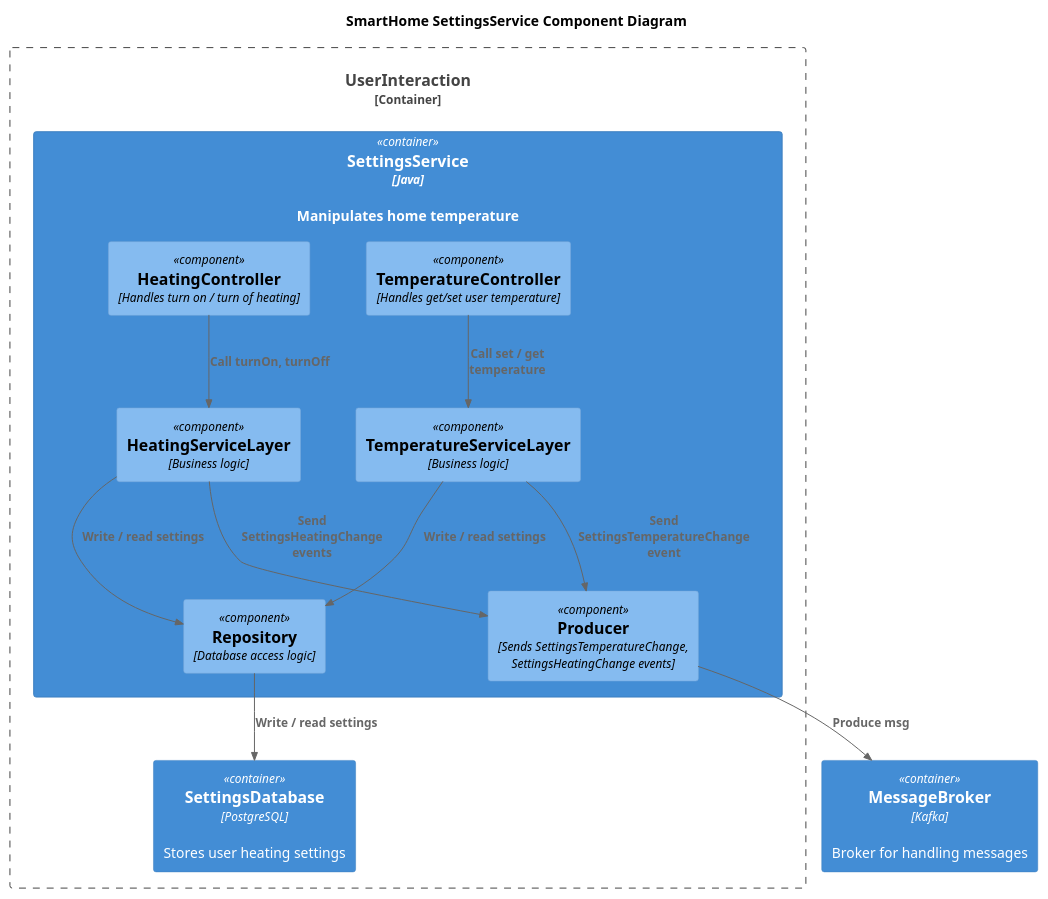
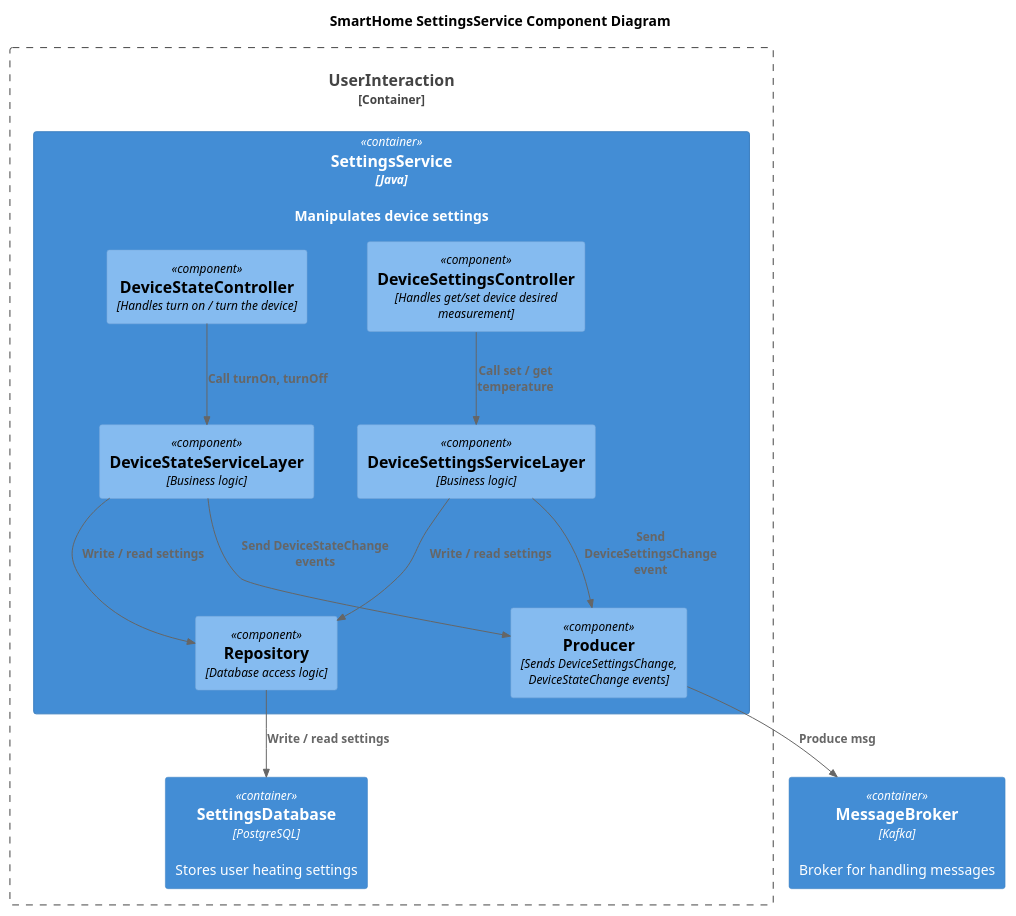
The diagram in sprint3/SmartHome_Component_SettingsService.puml (etloreq/yandex-practicum-arch-tasks), drawn with PlantUML before and after one commit. The commit also changed 15 other files, not shown here.

```diff
--- a/sprint3/SmartHome_Component_SettingsService.puml
+++ b/sprint3/SmartHome_Component_SettingsService.puml
@@ -1,32 +1,32 @@
 @startuml
 title SmartHome SettingsService Component Diagram
 
 !include C4_Component.puml
 
 Container_Boundary(UserInteraction, "UserInteraction") {
-  Container(SettingsService, "SettingsService", "Java", "Manipulates home temperature")
+  Container(SettingsService, "SettingsService", "Java", "Manipulates device settings")
   Container(SettingsDatabase, "SettingsDatabase", "PostgreSQL", "Stores user heating settings")
  }
 
 Container(MessageBroker, "MessageBroker", "Kafka", "Broker for handling messages")
 
-Container(SettingsService, "SettingsService", "Java", "Manipulates home temperature") {
-    Component(TemperatureController, "TemperatureController", "Handles get/set user temperature")
-    Component(HeatingController, "HeatingController", "Handles turn on / turn of heating")
-    Component(Producer, "Producer", "Sends SettingsTemperatureChange, SettingsHeatingChange events")
-    Component(HeatingServiceLayer, "HeatingServiceLayer", "Business logic")
-    Component(TemperatureServiceLayer, "TemperatureServiceLayer", "Business logic")
+Container(SettingsService, "SettingsService", "Java", "Manipulates device settings") {
+    Component(DeviceSettingsController, "DeviceSettingsController", "Handles get/set device desired measurement")
+    Component(DeviceStateController, "DeviceStateController", "Handles turn on / turn the device")
+    Component(Producer, "Producer", "Sends DeviceSettingsChange, DeviceStateChange events")
+    Component(DeviceStateServiceLayer, "DeviceStateServiceLayer", "Business logic")
+    Component(DeviceSettingsServiceLayer, "DeviceSettingsServiceLayer", "Business logic")
     Component(Repository, "Repository", "Database access logic")
 }
 
-Rel(HeatingController, HeatingServiceLayer, "Call turnOn, turnOff")
-Rel(TemperatureController, TemperatureServiceLayer, "Call set / get temperature")
+Rel(DeviceStateController, DeviceStateServiceLayer, "Call turnOn, turnOff")
+Rel(DeviceSettingsController, DeviceSettingsServiceLayer, "Call set / get temperature")
 Rel(Repository, SettingsDatabase, "Write / read settings")
-Rel(HeatingServiceLayer, Repository, "Write / read settings")
-Rel(TemperatureServiceLayer, Repository, "Write / read settings")
-Rel(HeatingServiceLayer, Producer, "Send SettingsHeatingChange events")
-Rel(TemperatureServiceLayer, Producer, "Send SettingsTemperatureChange event")
+Rel(DeviceStateServiceLayer, Repository, "Write / read settings")
+Rel(DeviceSettingsServiceLayer, Repository, "Write / read settings")
+Rel(DeviceStateServiceLayer, Producer, "Send DeviceStateChange events")
+Rel(DeviceSettingsServiceLayer, Producer, "Send DeviceSettingsChange event")
 Rel(Producer, MessageBroker, "Produce msg")
 
 
 @enduml
```
